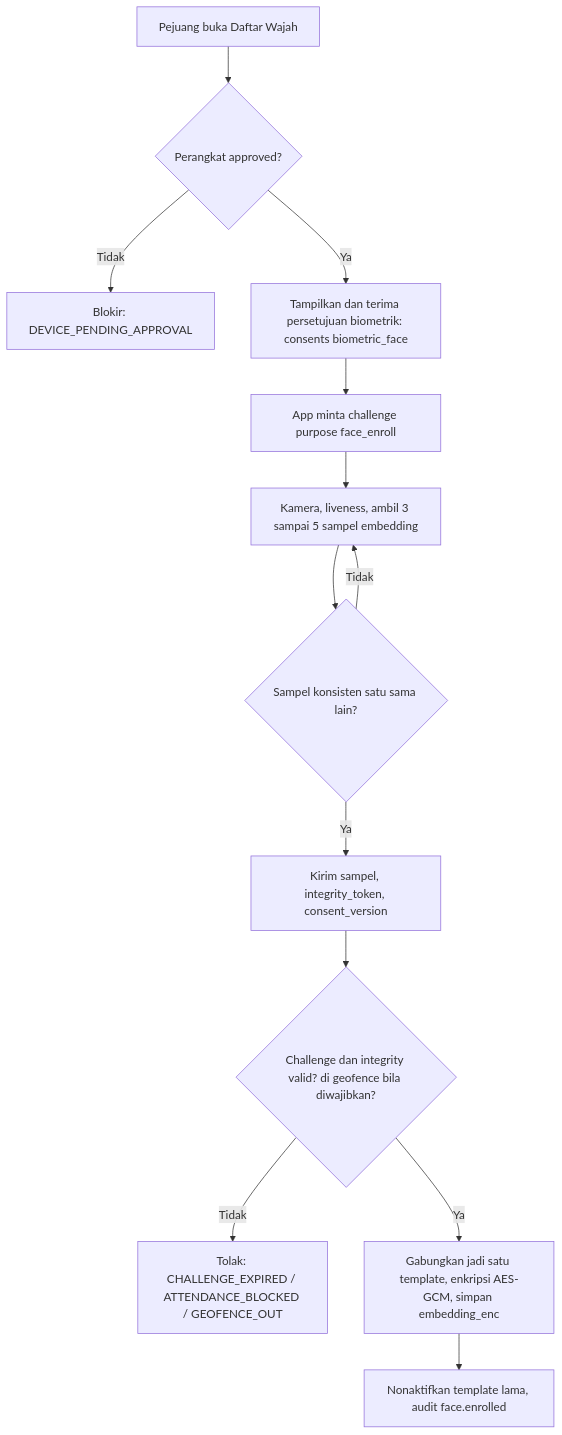
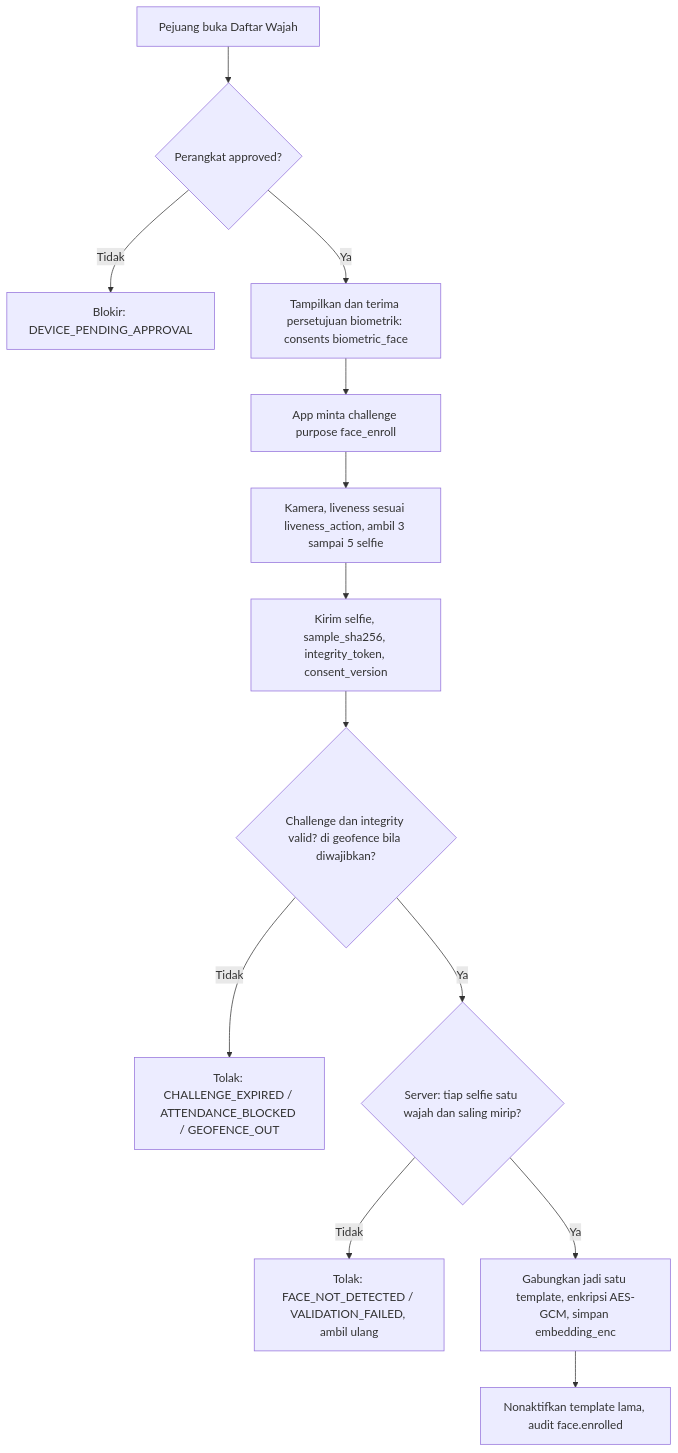
One commit to rzarxx/HRIS changed the seventh of 29 diagrams in MASTER.md. Above: the diagram before and after it, drawn with Mermaid. The commit also changed other lines of this file and 31 other files, not shown here.

First line of the commit message:
feat: wajah dihitung server dari selfie dengan dlib

````diff
--- a/MASTER.md
+++ b/MASTER.md
@@ -964,15 +968,15 @@
 ```mermaid
 flowchart TD
     A["Pejuang buka Daftar Wajah"] --> B{"Perangkat approved?"}
     B -- Tidak --> X["Blokir: DEVICE_PENDING_APPROVAL"]
     B -- Ya --> C["Tampilkan dan terima persetujuan biometrik: consents biometric_face"]
     C --> D["App minta challenge purpose face_enroll"]
-    D --> E["Kamera, liveness, ambil 3 sampai 5 sampel embedding"]
-    E --> F{"Sampel konsisten satu sama lain?"}
-    F -- Tidak --> E
-    F -- Ya --> G["Kirim sampel, integrity_token, consent_version"]
+    D --> E["Kamera, liveness sesuai liveness_action, ambil 3 sampai 5 selfie"]
+    E --> G["Kirim selfie, sample_sha256, integrity_token, consent_version"]
     G --> H{"Challenge dan integrity valid? di geofence bila diwajibkan?"}
     H -- Tidak --> X2["Tolak: CHALLENGE_EXPIRED / ATTENDANCE_BLOCKED / GEOFENCE_OUT"]
-    H -- Ya --> I["Gabungkan jadi satu template, enkripsi AES-GCM, simpan embedding_enc"]
+    H -- Ya --> F{"Server: tiap selfie satu wajah dan saling mirip?"}
+    F -- Tidak --> X3["Tolak: FACE_NOT_DETECTED / VALIDATION_FAILED, ambil ulang"]
+    F -- Ya --> I["Gabungkan jadi satu template, enkripsi AES-GCM, simpan embedding_enc"]
     I --> J["Nonaktifkan template lama, audit face.enrolled"]
 ```
````
